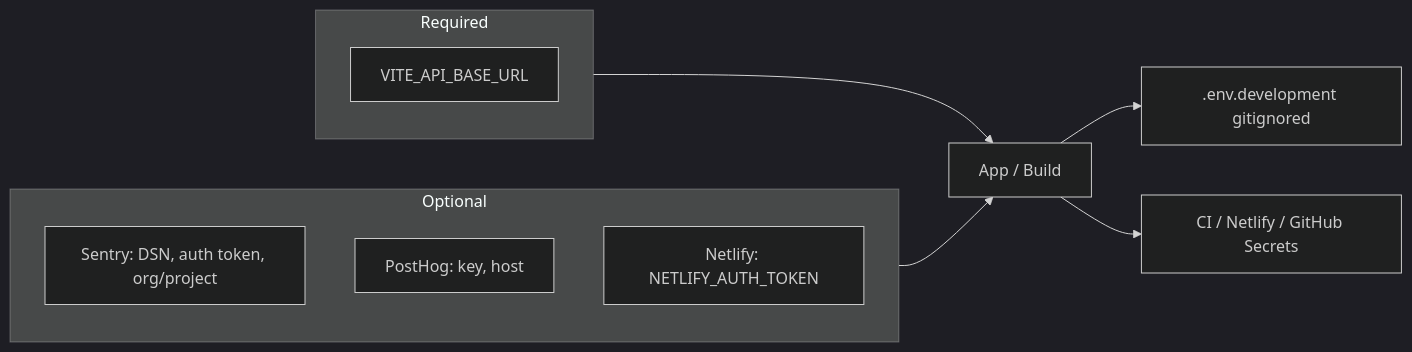
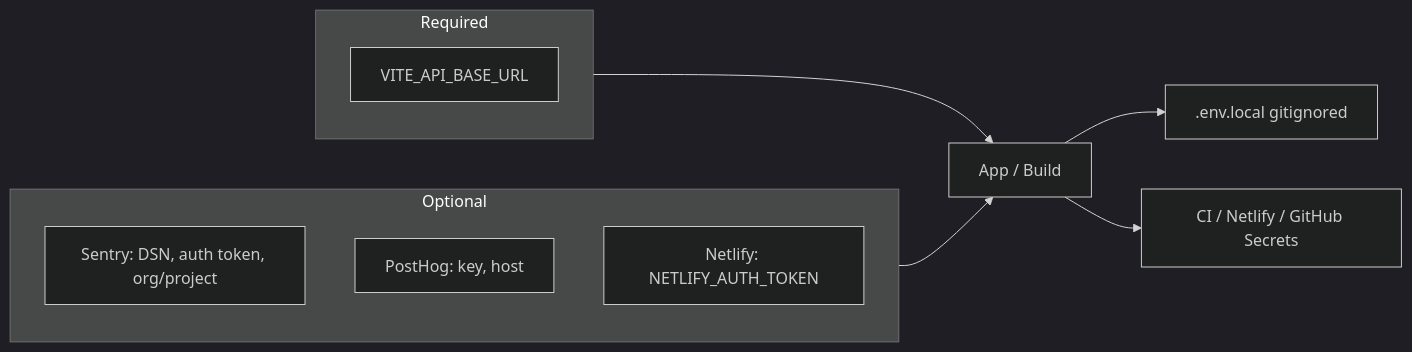
One commit to nikunjmavani/core-fe changed the diagram in docs/integrations/credentials-and-env.md. Above: the diagram before and after it, drawn with Mermaid (dark theme). The commit also changed other lines of this file and 43 other files, not shown here.

First line of the commit message:
feat(env): default to `local` mode with .env.local + per-environment defaults (#164)

````diff
--- a/docs/integrations/credentials-and-env.md
+++ b/docs/integrations/credentials-and-env.md
@@ -5,15 +5,15 @@
 ```mermaid
 flowchart LR
   subgraph required["Required"]
     R1[VITE_API_BASE_URL]
   end
   subgraph optional["Optional"]
     O1[Sentry: DSN, auth token, org/project]
     O2[PostHog: key, host]
     O3[Netlify: NETLIFY_AUTH_TOKEN]
   end
   required --> App[App / Build]
   optional --> App
-  App --> Local[.env.development gitignored]
+  App --> Local[.env.local gitignored]
   App --> CI[CI / Netlify / GitHub Secrets]
 ```
````
